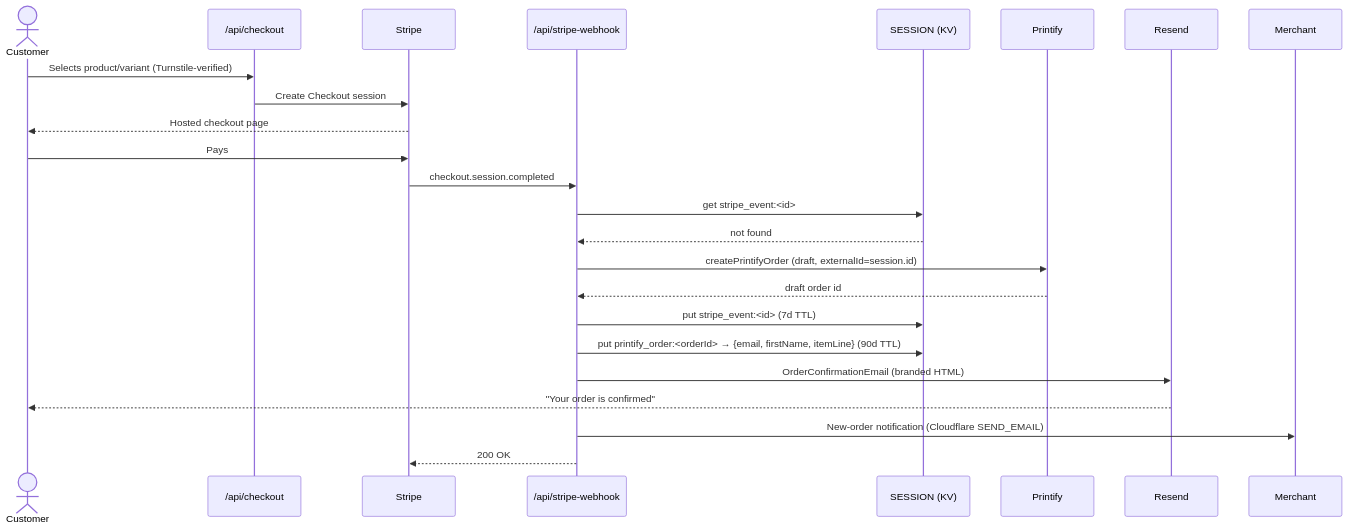
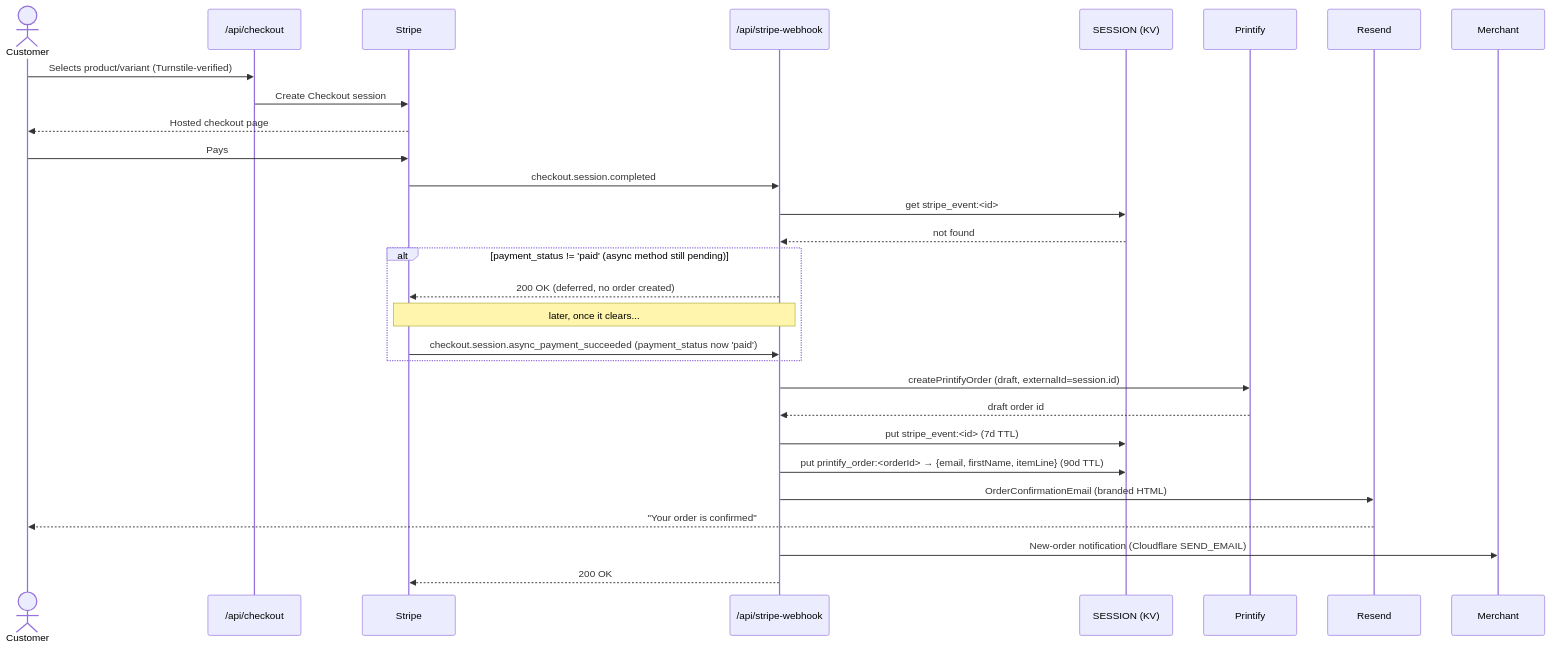
The second of 5 diagrams in SHOP.md (dvnrsn/white-rabbit-wcs), drawn with Mermaid before and after one commit. The commit also changed other lines of this file and 2 other files, not shown here.

First line of the commit message:
fix: defer order fulfillment until payment actually clears

````diff
--- a/SHOP.md
+++ b/SHOP.md
@@ -29,27 +33,32 @@
 ```mermaid
 sequenceDiagram
     actor Customer
     participant Checkout as /api/checkout
     participant Stripe
     participant Webhook as /api/stripe-webhook
     participant KV as SESSION (KV)
     participant Printify
     participant Resend
     participant Merchant
 
     Customer->>Checkout: Selects product/variant (Turnstile-verified)
     Checkout->>Stripe: Create Checkout session
     Stripe-->>Customer: Hosted checkout page
     Customer->>Stripe: Pays
     Stripe->>Webhook: checkout.session.completed
     Webhook->>KV: get stripe_event:<id>
     KV-->>Webhook: not found
+    alt payment_status != 'paid' (async method still pending)
+        Webhook-->>Stripe: 200 OK (deferred, no order created)
+        Note over Stripe,Webhook: later, once it clears...
+        Stripe->>Webhook: checkout.session.async_payment_succeeded (payment_status now 'paid')
+    end
     Webhook->>Printify: createPrintifyOrder (draft, externalId=session.id)
     Printify-->>Webhook: draft order id
     Webhook->>KV: put stripe_event:<id> (7d TTL)
     Webhook->>KV: put printify_order:<orderId> → {email, firstName, itemLine} (90d TTL)
     Webhook->>Resend: OrderConfirmationEmail (branded HTML)
     Resend-->>Customer: "Your order is confirmed"
     Webhook->>Merchant: New-order notification (Cloudflare SEND_EMAIL)
     Webhook-->>Stripe: 200 OK
 ```
````
